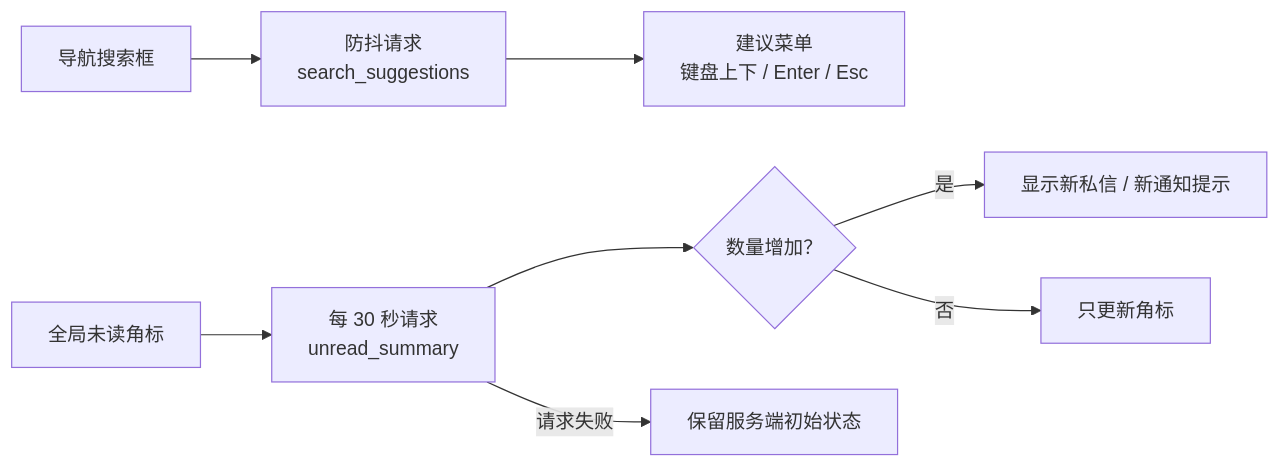
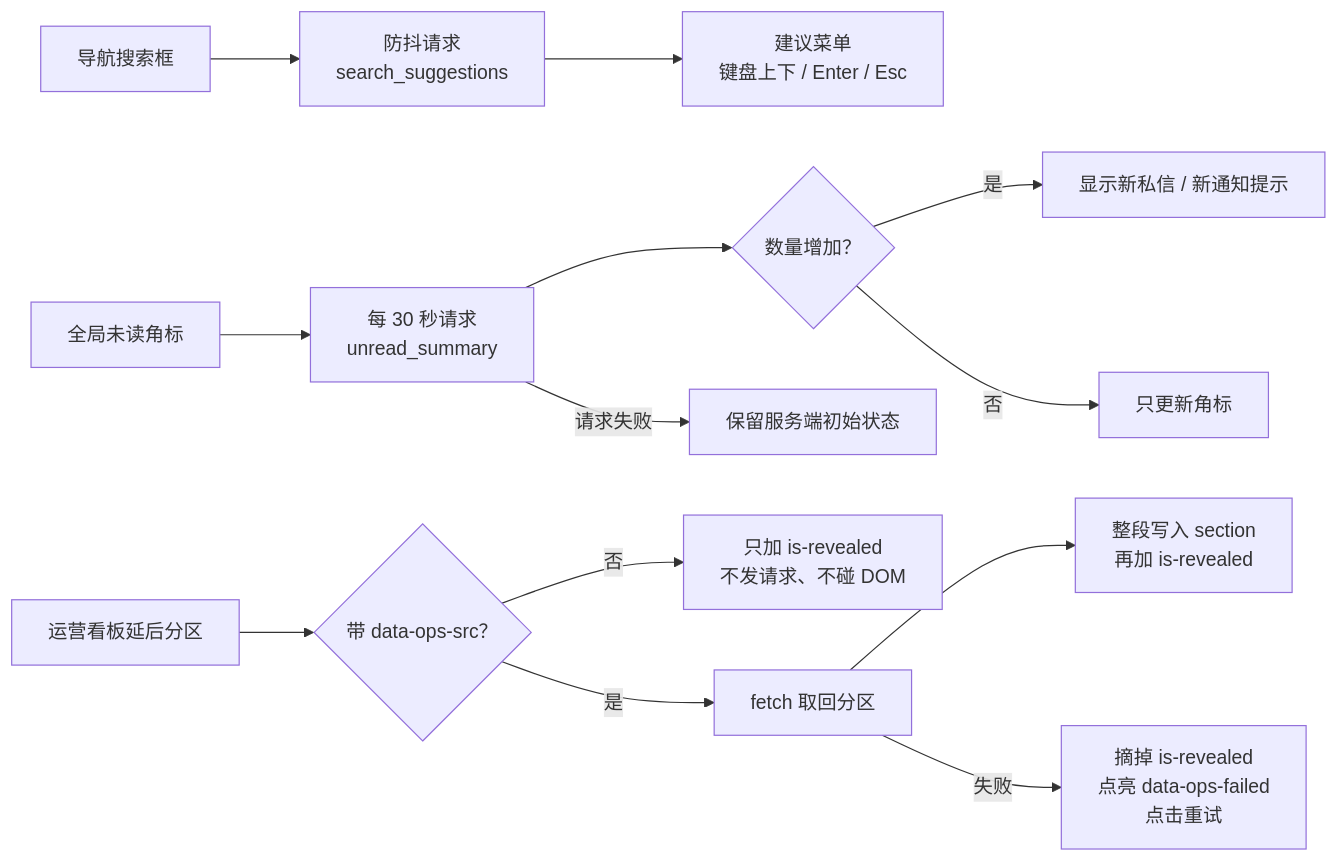
The diagram in static/README.md (strawberry-little-bear/campus_glimmer), drawn with Mermaid before and after one commit. The commit also changed other lines of this file and 1 other file, not shown here.

````diff
--- a/static/README.md
+++ b/static/README.md
@@ -120,10 +120,15 @@
 ```mermaid
 flowchart LR
     Search["导航搜索框"] --> Debounce["防抖请求<br/>search_suggestions"]
     Debounce --> Menu["建议菜单<br/>键盘上下 / Enter / Esc"]
     Badge["全局未读角标"] --> Poll["每 30 秒请求<br/>unread_summary"]
     Poll --> Compare{"数量增加？"}
     Compare -->|是| Toast["显示新私信 / 新通知提示"]
     Compare -->|否| Update["只更新角标"]
     Poll -->|请求失败| Initial["保留服务端初始状态"]
+    Section["运营看板延后分区"] --> HasSrc{"带 data-ops-src？"}
+    HasSrc -->|否| Reveal["只加 is-revealed<br/>不发请求、不碰 DOM"]
+    HasSrc -->|是| Fetch["fetch 取回分区"]
+    Fetch --> Inject["整段写入 section<br/>再加 is-revealed"]
+    Fetch -->|失败| Retry["摘掉 is-revealed<br/>点亮 data-ops-failed<br/>点击重试"]
 ```
````
